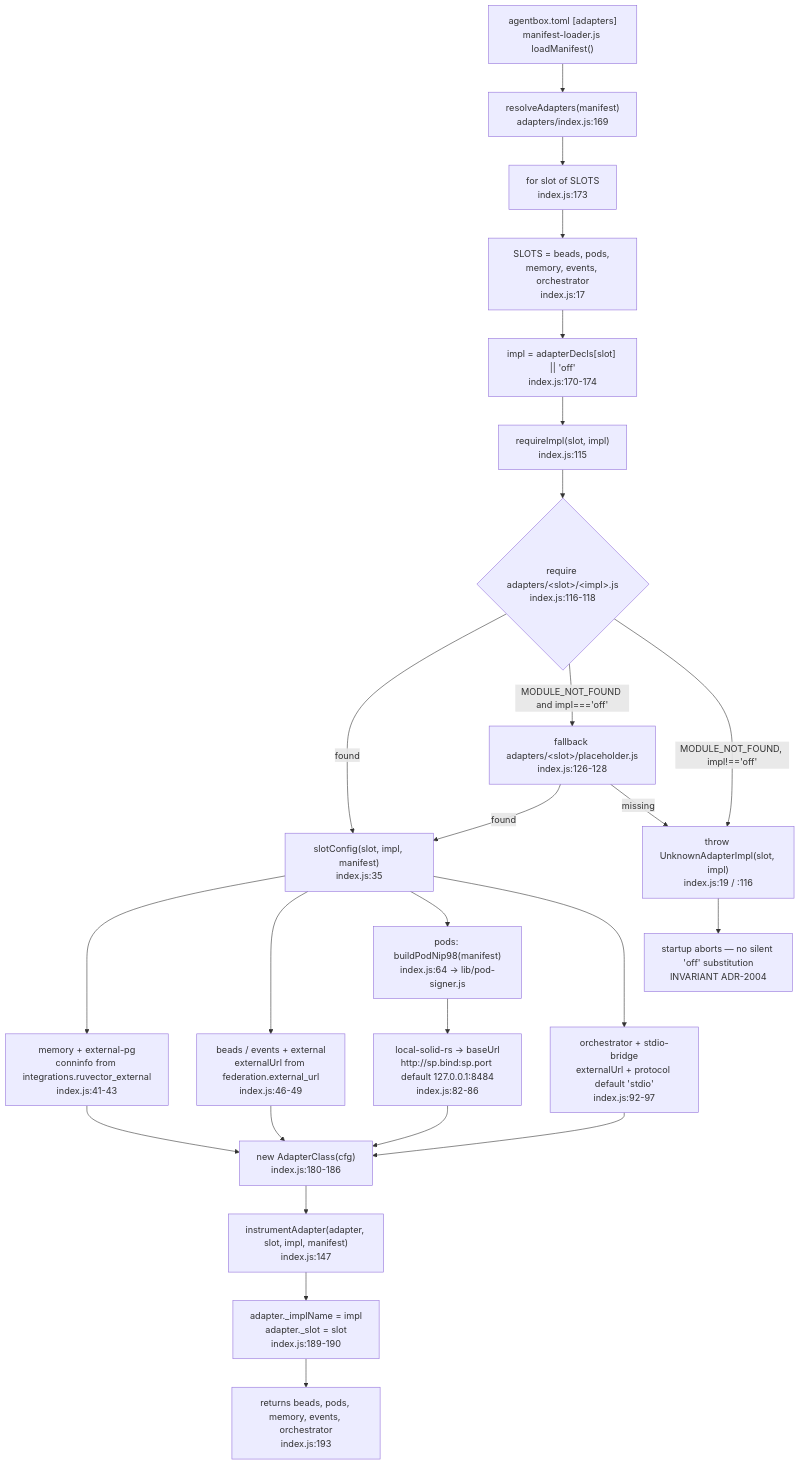
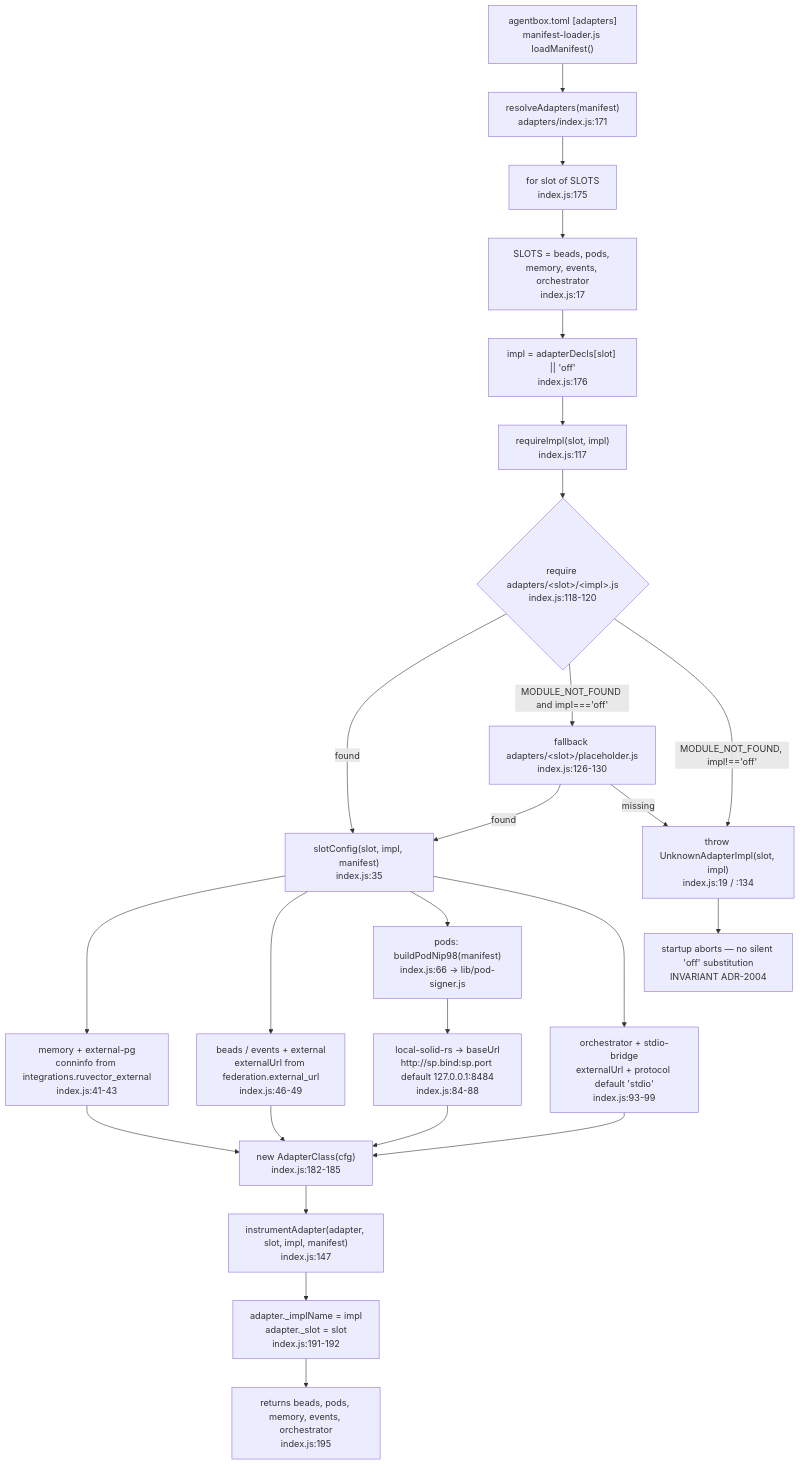
One commit to DreamLab-AI/VisionFlow changed the first of 15 diagrams in docs/diagrams/agentbox/04-adapter-spine.md. Above: the diagram before and after it, drawn with Mermaid. The commit also changed other lines of this file and 111 other files, not shown here.

Commit message:
docs(diagrams): align estate maps with current source

````diff
--- a/docs/diagrams/agentbox/04-adapter-spine.md
+++ b/docs/diagrams/agentbox/04-adapter-spine.md
@@ -47,27 +47,27 @@
 ```mermaid
 flowchart TD
-    M["agentbox.toml [adapters]<br/>manifest-loader.js loadManifest()"] --> RA["resolveAdapters(manifest)<br/>adapters/index.js:169"]
-    RA --> LOOP["for slot of SLOTS<br/>index.js:173"]
+    M["agentbox.toml [adapters]<br/>manifest-loader.js loadManifest()"] --> RA["resolveAdapters(manifest)<br/>adapters/index.js:171"]
+    RA --> LOOP["for slot of SLOTS<br/>index.js:175"]
     LOOP --> S1["SLOTS = beads, pods, memory, events, orchestrator<br/>index.js:17"]
-    S1 --> IMPL["impl = adapterDecls[slot] || 'off'<br/>index.js:170-174"]
-    IMPL --> REQ["requireImpl(slot, impl)<br/>index.js:115"]
-    REQ --> P1{"require adapters/&lt;slot&gt;/&lt;impl&gt;.js<br/>index.js:116-118"}
+    S1 --> IMPL["impl = adapterDecls[slot] || 'off'<br/>index.js:176"]
+    IMPL --> REQ["requireImpl(slot, impl)<br/>index.js:117"]
+    REQ --> P1{"require adapters/&lt;slot&gt;/&lt;impl&gt;.js<br/>index.js:118-120"}
     P1 -->|found| CFG
-    P1 -->|"MODULE_NOT_FOUND and impl==='off'"| PH["fallback adapters/&lt;slot&gt;/placeholder.js<br/>index.js:126-128"]
+    P1 -->|"MODULE_NOT_FOUND and impl==='off'"| PH["fallback adapters/&lt;slot&gt;/placeholder.js<br/>index.js:126-130"]
     PH -->|found| CFG
-    PH -->|missing| UAI["throw UnknownAdapterImpl(slot, impl)<br/>index.js:19 / :116"]
+    PH -->|missing| UAI["throw UnknownAdapterImpl(slot, impl)<br/>index.js:19 / :134"]
     P1 -->|"MODULE_NOT_FOUND, impl!=='off'"| UAI
     CFG["slotConfig(slot, impl, manifest)<br/>index.js:35"] --> CM["memory + external-pg<br/>conninfo from integrations.ruvector_external<br/>index.js:41-43"]
     CFG --> CB["beads / events + external<br/>externalUrl from federation.external_url<br/>index.js:46-49"]
-    CFG --> CP["pods: buildPodNip98(manifest)<br/>index.js:64 → lib/pod-signer.js"]
-    CP --> CP2["local-solid-rs → baseUrl<br/>http://sp.bind:sp.port default 127.0.0.1:8484<br/>index.js:82-86"]
-    CFG --> CO["orchestrator + stdio-bridge<br/>externalUrl + protocol default 'stdio'<br/>index.js:92-97"]
+    CFG --> CP["pods: buildPodNip98(manifest)<br/>index.js:66 → lib/pod-signer.js"]
+    CP --> CP2["local-solid-rs → baseUrl<br/>http://sp.bind:sp.port default 127.0.0.1:8484<br/>index.js:84-88"]
+    CFG --> CO["orchestrator + stdio-bridge<br/>externalUrl + protocol default 'stdio'<br/>index.js:93-99"]
     CM --> NEW
     CB --> NEW
     CP2 --> NEW
     CO --> NEW
-    NEW["new AdapterClass(cfg)<br/>index.js:180-186"] --> INST["instrumentAdapter(adapter, slot, impl, manifest)<br/>index.js:147"]
-    INST --> META["adapter._implName = impl<br/>adapter._slot = slot<br/>index.js:189-190"]
-    META --> OUT["returns beads, pods, memory, events, orchestrator<br/>index.js:193"]
+    NEW["new AdapterClass(cfg)<br/>index.js:182-185"] --> INST["instrumentAdapter(adapter, slot, impl, manifest)<br/>index.js:147"]
+    INST --> META["adapter._implName = impl<br/>adapter._slot = slot<br/>index.js:191-192"]
+    META --> OUT["returns beads, pods, memory, events, orchestrator<br/>index.js:195"]
     UAI --> FAIL["startup aborts — no silent 'off' substitution<br/>INVARIANT ADR-2004"]
 ```
````
